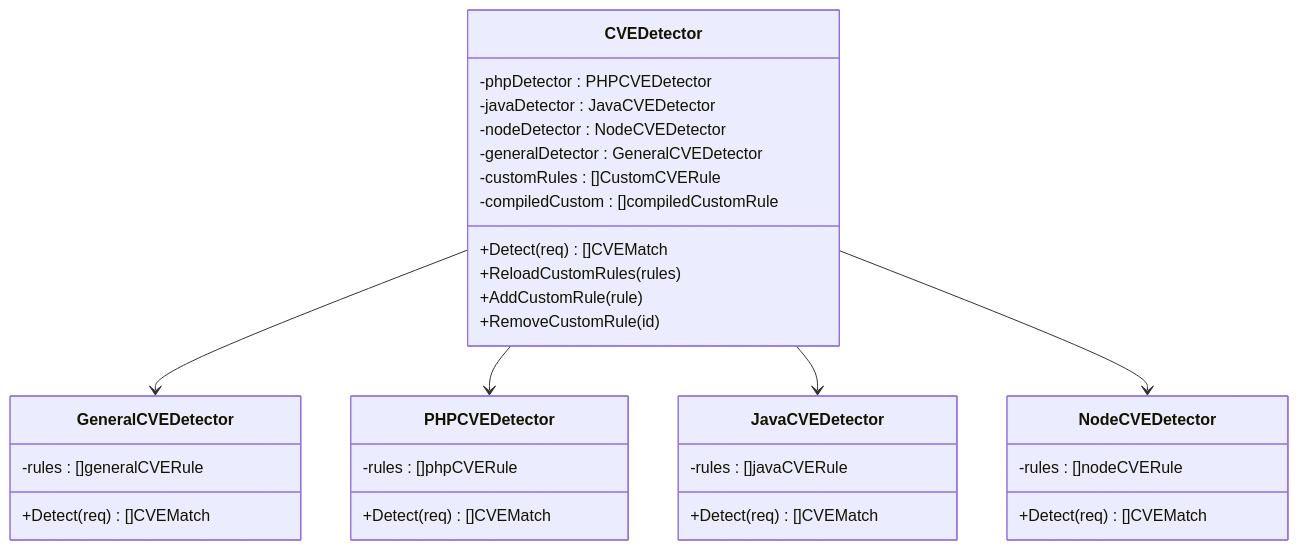
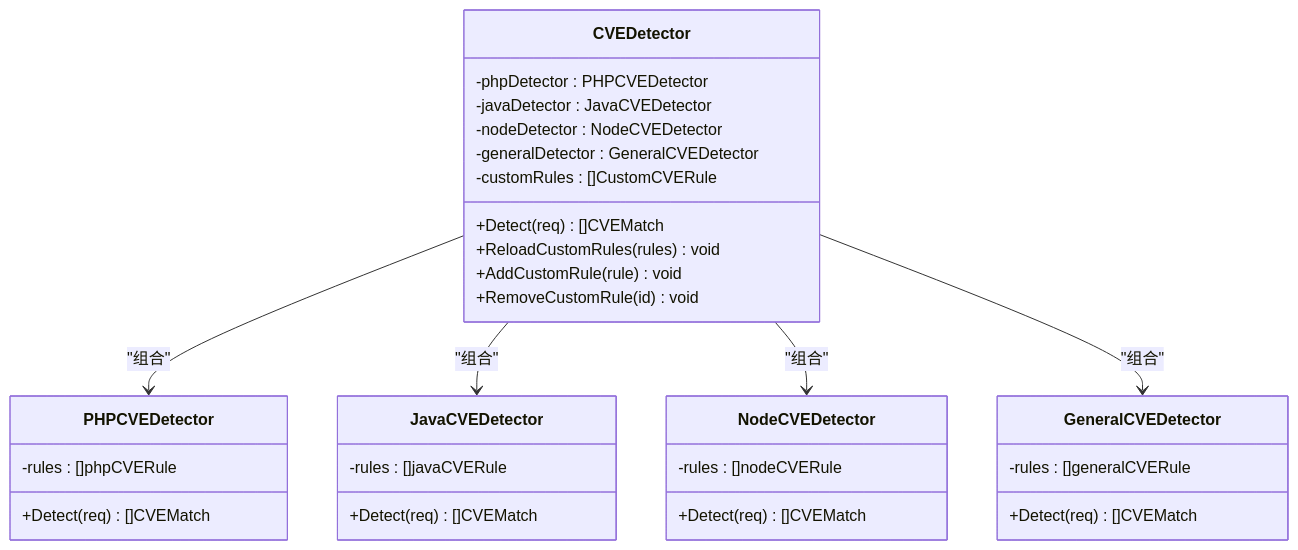
One commit to x01n/My-OpenWaf changed the fifth of 12 diagrams in docs/WAF 引擎系统/WAF 引擎系统.md. Above: the diagram before and after it, drawn with Mermaid. The commit also changed other lines of this file and 199 other files, not shown here.

````diff
--- a/docs/WAF 引擎系统/WAF 引擎系统.md
+++ b/docs/WAF 引擎系统/WAF 引擎系统.md
@@ -359,35 +318,34 @@
 ```mermaid
 classDiagram
 class CVEDetector {
 -phpDetector : PHPCVEDetector
 -javaDetector : JavaCVEDetector
 -nodeDetector : NodeCVEDetector
 -generalDetector : GeneralCVEDetector
 -customRules : []CustomCVERule
--compiledCustom : []compiledCustomRule
 +Detect(req) []CVEMatch
-+ReloadCustomRules(rules)
-+AddCustomRule(rule)
-+RemoveCustomRule(id)
-}
-class GeneralCVEDetector {
--rules : []generalCVERule
-+Detect(req) []CVEMatch
++ReloadCustomRules(rules) void
++AddCustomRule(rule) void
++RemoveCustomRule(id) void
 }
 class PHPCVEDetector {
 -rules : []phpCVERule
 +Detect(req) []CVEMatch
 }
 class JavaCVEDetector {
 -rules : []javaCVERule
 +Detect(req) []CVEMatch
 }
 class NodeCVEDetector {
 -rules : []nodeCVERule
 +Detect(req) []CVEMatch
 }
-CVEDetector --> GeneralCVEDetector
-CVEDetector --> PHPCVEDetector
-CVEDetector --> JavaCVEDetector
-CVEDetector --> NodeCVEDetector
+class GeneralCVEDetector {
+-rules : []generalCVERule
++Detect(req) []CVEMatch
+}
+CVEDetector --> PHPCVEDetector : "组合"
+CVEDetector --> JavaCVEDetector : "组合"
+CVEDetector --> NodeCVEDetector : "组合"
+CVEDetector --> GeneralCVEDetector : "组合"
 ```
````
